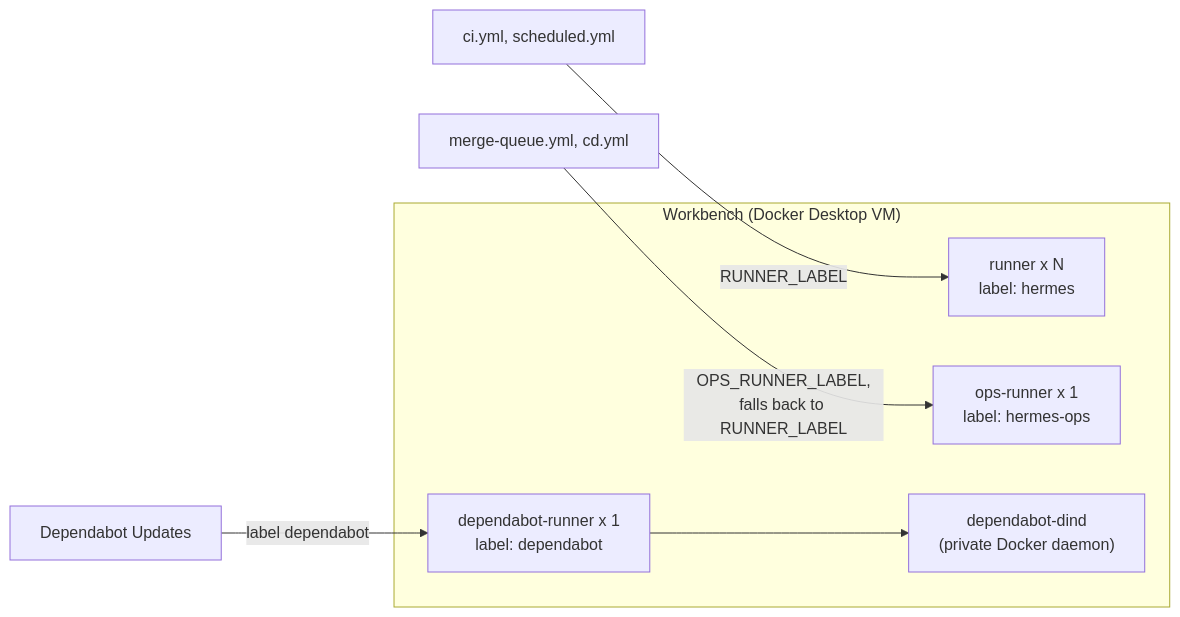
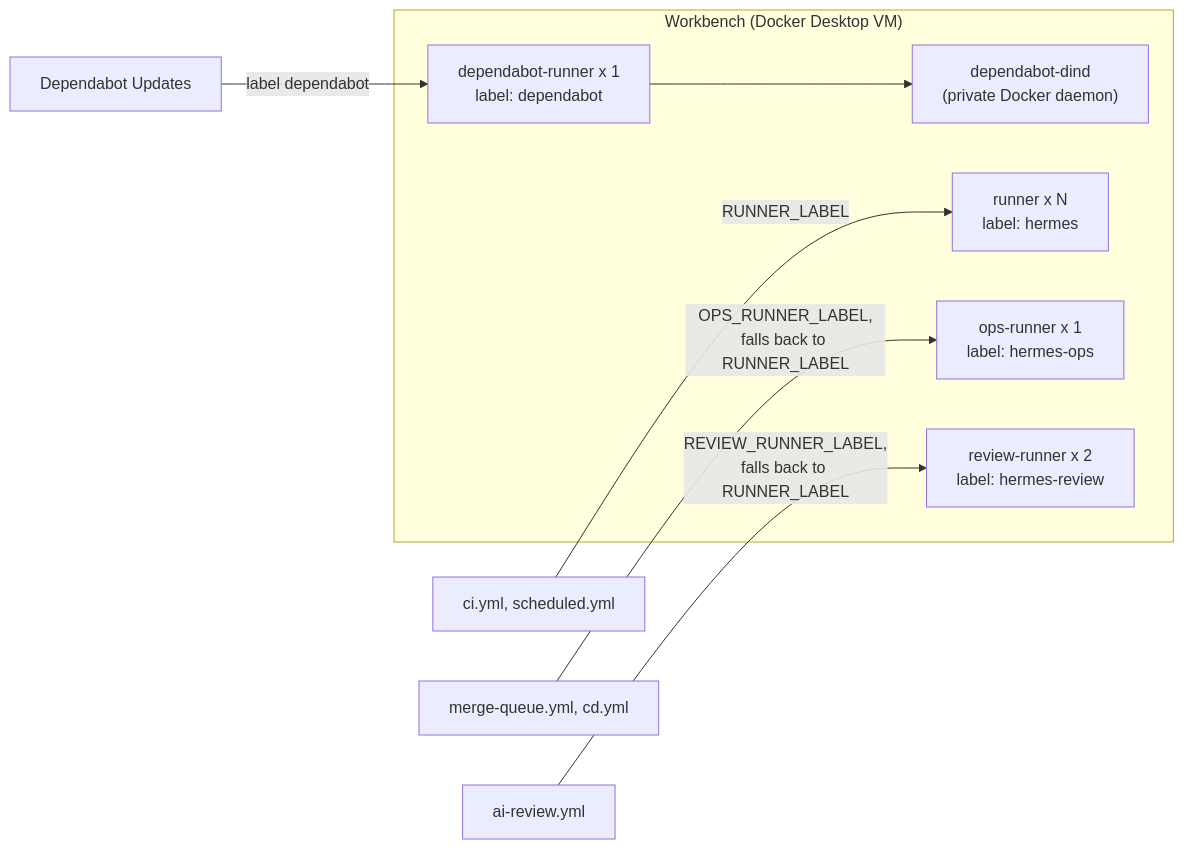
The first of 2 diagrams in docs/guides/ci-runners-and-merge-queue.md (ricardoafo/hermes), drawn with Mermaid before and after one commit. The commit also changed other lines of this file and 5 other files, not shown here.

````diff
--- a/docs/guides/ci-runners-and-merge-queue.md
+++ b/docs/guides/ci-runners-and-merge-queue.md
@@ -17,13 +17,15 @@
 ```mermaid
 flowchart LR
     subgraph Workbench["Workbench (Docker Desktop VM)"]
         CI["runner x N<br/>label: hermes"]
         OPS["ops-runner x 1<br/>label: hermes-ops"]
+        REV["review-runner x 2<br/>label: hermes-review"]
         DEP["dependabot-runner x 1<br/>label: dependabot"]
         DIND["dependabot-dind<br/>(private Docker daemon)"]
         DEP --> DIND
     end
     PRCI["ci.yml, scheduled.yml"] -->|RUNNER_LABEL| CI
     Q["merge-queue.yml, cd.yml"] -->|OPS_RUNNER_LABEL,<br/>falls back to RUNNER_LABEL| OPS
+    AIR["ai-review.yml"] -->|REVIEW_RUNNER_LABEL,<br/>falls back to RUNNER_LABEL| REV
     DB["Dependabot Updates"] -->|label dependabot| DEP
 ```
````
